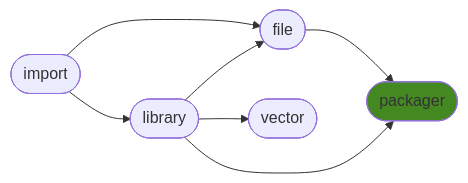
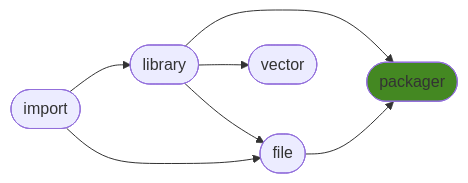
Before and after one commit to ManderaGeneral/generalpackager: the diagram in README.md, drawn with Mermaid. The commit also changed other lines of this file, not shown here.

````diff
--- a/README.md
+++ b/README.md
@@ -16,15 +16,15 @@
 ```mermaid
 flowchart LR
+1([library]) --> 2([file])
+1([library]) --> 4([packager])
+0([import]) --> 2([file])
+1([library]) --> 3([vector])
 2([file]) --> 4([packager])
-1([library]) --> 4([packager])
 0([import]) --> 1([library])
-0([import]) --> 2([file])
-1([library]) --> 2([file])
-1([library]) --> 3([vector])
 click 0 "https://github.com/ManderaGeneral/generalimport"
 click 1 "https://github.com/ManderaGeneral/generallibrary"
 click 2 "https://github.com/ManderaGeneral/generalfile"
 click 3 "https://github.com/ManderaGeneral/generalvector"
 click 4 "https://github.com/ManderaGeneral/generalpackager"
 style 4 fill:#482
 ```
````
